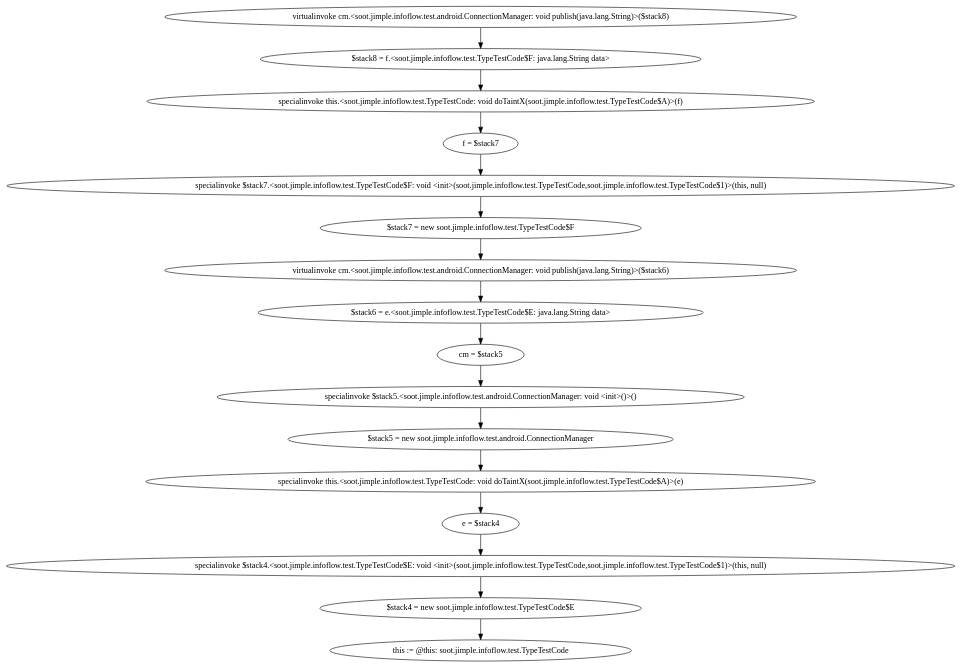
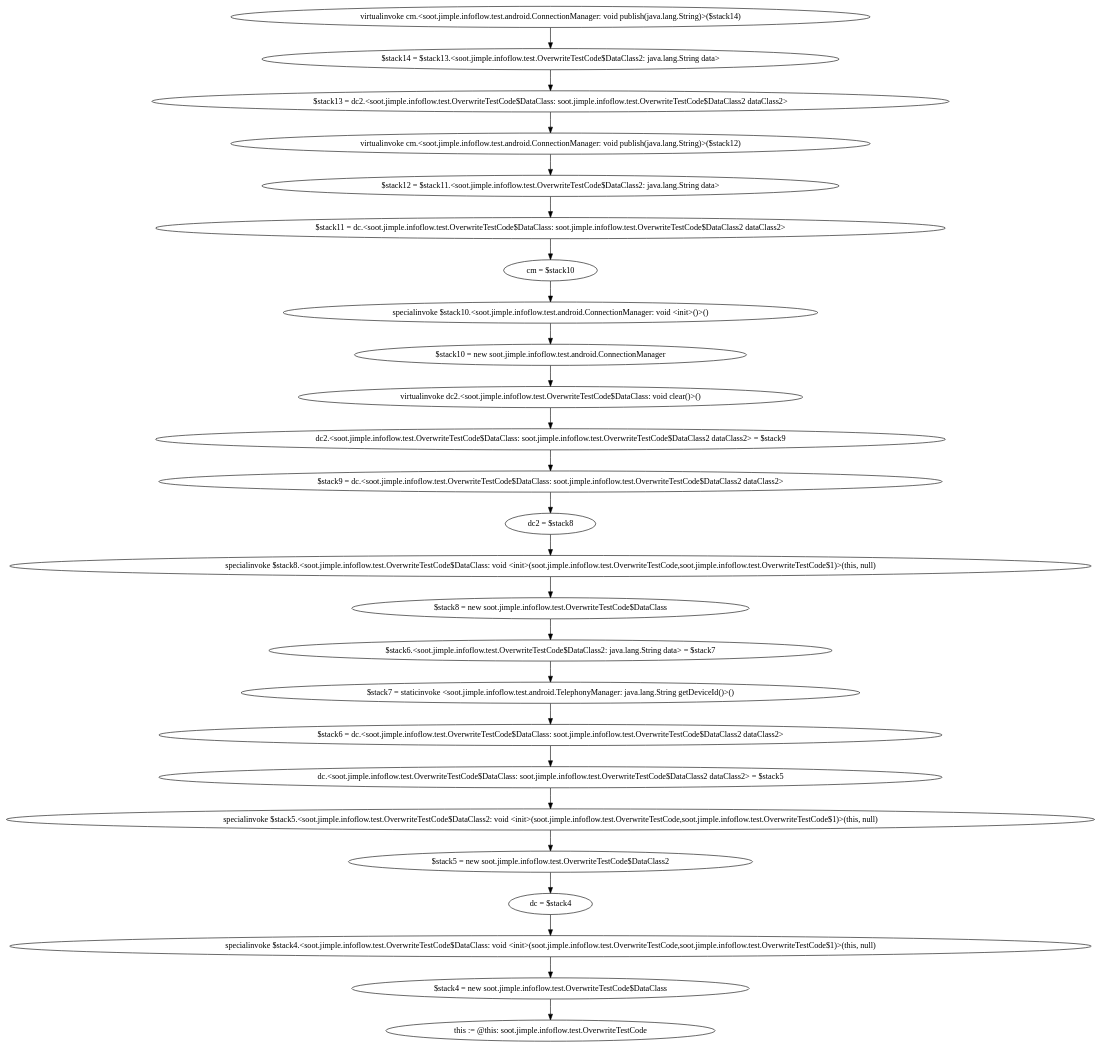
Before and after one commit to t1mlange/FlowDroid: the diagram in soot-infoflow/dotfiles/1.dot, drawn with Graphviz. The commit also changed 11 other files, not shown here.

```diff
--- a/soot-infoflow/dotfiles/1.dot
+++ b/soot-infoflow/dotfiles/1.dot
@@ -1,33 +1,51 @@
 digraph "" {
-    "virtualinvoke cm.<soot.jimple.infoflow.test.android.ConnectionManager: void publish(java.lang.String)>($stack8)"
-    "$stack8 = f.<soot.jimple.infoflow.test.TypeTestCode$F: java.lang.String data>"
-    "virtualinvoke cm.<soot.jimple.infoflow.test.android.ConnectionManager: void publish(java.lang.String)>($stack8)"->"$stack8 = f.<soot.jimple.infoflow.test.TypeTestCode$F: java.lang.String data>";
-    "specialinvoke this.<soot.jimple.infoflow.test.TypeTestCode: void doTaintX(soot.jimple.infoflow.test.TypeTestCode$A)>(f)"
-    "$stack8 = f.<soot.jimple.infoflow.test.TypeTestCode$F: java.lang.String data>"->"specialinvoke this.<soot.jimple.infoflow.test.TypeTestCode: void doTaintX(soot.jimple.infoflow.test.TypeTestCode$A)>(f)";
-    "f = $stack7"
-    "specialinvoke this.<soot.jimple.infoflow.test.TypeTestCode: void doTaintX(soot.jimple.infoflow.test.TypeTestCode$A)>(f)"->"f = $stack7";
-    "specialinvoke $stack7.<soot.jimple.infoflow.test.TypeTestCode$F: void <init>(soot.jimple.infoflow.test.TypeTestCode,soot.jimple.infoflow.test.TypeTestCode$1)>(this, null)"
-    "f = $stack7"->"specialinvoke $stack7.<soot.jimple.infoflow.test.TypeTestCode$F: void <init>(soot.jimple.infoflow.test.TypeTestCode,soot.jimple.infoflow.test.TypeTestCode$1)>(this, null)";
-    "$stack7 = new soot.jimple.infoflow.test.TypeTestCode$F"
-    "specialinvoke $stack7.<soot.jimple.infoflow.test.TypeTestCode$F: void <init>(soot.jimple.infoflow.test.TypeTestCode,soot.jimple.infoflow.test.TypeTestCode$1)>(this, null)"->"$stack7 = new soot.jimple.infoflow.test.TypeTestCode$F";
-    "virtualinvoke cm.<soot.jimple.infoflow.test.android.ConnectionManager: void publish(java.lang.String)>($stack6)"
-    "$stack7 = new soot.jimple.infoflow.test.TypeTestCode$F"->"virtualinvoke cm.<soot.jimple.infoflow.test.android.ConnectionManager: void publish(java.lang.String)>($stack6)";
-    "$stack6 = e.<soot.jimple.infoflow.test.TypeTestCode$E: java.lang.String data>"
-    "virtualinvoke cm.<soot.jimple.infoflow.test.android.ConnectionManager: void publish(java.lang.String)>($stack6)"->"$stack6 = e.<soot.jimple.infoflow.test.TypeTestCode$E: java.lang.String data>";
-    "cm = $stack5"
-    "$stack6 = e.<soot.jimple.infoflow.test.TypeTestCode$E: java.lang.String data>"->"cm = $stack5";
-    "specialinvoke $stack5.<soot.jimple.infoflow.test.android.ConnectionManager: void <init>()>()"
-    "cm = $stack5"->"specialinvoke $stack5.<soot.jimple.infoflow.test.android.ConnectionManager: void <init>()>()";
-    "$stack5 = new soot.jimple.infoflow.test.android.ConnectionManager"
-    "specialinvoke $stack5.<soot.jimple.infoflow.test.android.ConnectionManager: void <init>()>()"->"$stack5 = new soot.jimple.infoflow.test.android.ConnectionManager";
-    "specialinvoke this.<soot.jimple.infoflow.test.TypeTestCode: void doTaintX(soot.jimple.infoflow.test.TypeTestCode$A)>(e)"
-    "$stack5 = new soot.jimple.infoflow.test.android.ConnectionManager"->"specialinvoke this.<soot.jimple.infoflow.test.TypeTestCode: void doTaintX(soot.jimple.infoflow.test.TypeTestCode$A)>(e)";
-    "e = $stack4"
-    "specialinvoke this.<soot.jimple.infoflow.test.TypeTestCode: void doTaintX(soot.jimple.infoflow.test.TypeTestCode$A)>(e)"->"e = $stack4";
-    "specialinvoke $stack4.<soot.jimple.infoflow.test.TypeTestCode$E: void <init>(soot.jimple.infoflow.test.TypeTestCode,soot.jimple.infoflow.test.TypeTestCode$1)>(this, null)"
-    "e = $stack4"->"specialinvoke $stack4.<soot.jimple.infoflow.test.TypeTestCode$E: void <init>(soot.jimple.infoflow.test.TypeTestCode,soot.jimple.infoflow.test.TypeTestCode$1)>(this, null)";
-    "$stack4 = new soot.jimple.infoflow.test.TypeTestCode$E"
-    "specialinvoke $stack4.<soot.jimple.infoflow.test.TypeTestCode$E: void <init>(soot.jimple.infoflow.test.TypeTestCode,soot.jimple.infoflow.test.TypeTestCode$1)>(this, null)"->"$stack4 = new soot.jimple.infoflow.test.TypeTestCode$E";
-    "this := @this: soot.jimple.infoflow.test.TypeTestCode"
-    "$stack4 = new soot.jimple.infoflow.test.TypeTestCode$E"->"this := @this: soot.jimple.infoflow.test.TypeTestCode";
+    "virtualinvoke cm.<soot.jimple.infoflow.test.android.ConnectionManager: void publish(java.lang.String)>($stack14)"
+    "$stack14 = $stack13.<soot.jimple.infoflow.test.OverwriteTestCode$DataClass2: java.lang.String data>"
+    "virtualinvoke cm.<soot.jimple.infoflow.test.android.ConnectionManager: void publish(java.lang.String)>($stack14)"->"$stack14 = $stack13.<soot.jimple.infoflow.test.OverwriteTestCode$DataClass2: java.lang.String data>";
+    "$stack13 = dc2.<soot.jimple.infoflow.test.OverwriteTestCode$DataClass: soot.jimple.infoflow.test.OverwriteTestCode$DataClass2 dataClass2>"
+    "$stack14 = $stack13.<soot.jimple.infoflow.test.OverwriteTestCode$DataClass2: java.lang.String data>"->"$stack13 = dc2.<soot.jimple.infoflow.test.OverwriteTestCode$DataClass: soot.jimple.infoflow.test.OverwriteTestCode$DataClass2 dataClass2>";
+    "virtualinvoke cm.<soot.jimple.infoflow.test.android.ConnectionManager: void publish(java.lang.String)>($stack12)"
+    "$stack13 = dc2.<soot.jimple.infoflow.test.OverwriteTestCode$DataClass: soot.jimple.infoflow.test.OverwriteTestCode$DataClass2 dataClass2>"->"virtualinvoke cm.<soot.jimple.infoflow.test.android.ConnectionManager: void publish(java.lang.String)>($stack12)";
+    "$stack12 = $stack11.<soot.jimple.infoflow.test.OverwriteTestCode$DataClass2: java.lang.String data>"
+    "virtualinvoke cm.<soot.jimple.infoflow.test.android.ConnectionManager: void publish(java.lang.String)>($stack12)"->"$stack12 = $stack11.<soot.jimple.infoflow.test.OverwriteTestCode$DataClass2: java.lang.String data>";
+    "$stack11 = dc.<soot.jimple.infoflow.test.OverwriteTestCode$DataClass: soot.jimple.infoflow.test.OverwriteTestCode$DataClass2 dataClass2>"
+    "$stack12 = $stack11.<soot.jimple.infoflow.test.OverwriteTestCode$DataClass2: java.lang.String data>"->"$stack11 = dc.<soot.jimple.infoflow.test.OverwriteTestCode$DataClass: soot.jimple.infoflow.test.OverwriteTestCode$DataClass2 dataClass2>";
+    "cm = $stack10"
+    "$stack11 = dc.<soot.jimple.infoflow.test.OverwriteTestCode$DataClass: soot.jimple.infoflow.test.OverwriteTestCode$DataClass2 dataClass2>"->"cm = $stack10";
+    "specialinvoke $stack10.<soot.jimple.infoflow.test.android.ConnectionManager: void <init>()>()"
+    "cm = $stack10"->"specialinvoke $stack10.<soot.jimple.infoflow.test.android.ConnectionManager: void <init>()>()";
+    "$stack10 = new soot.jimple.infoflow.test.android.ConnectionManager"
+    "specialinvoke $stack10.<soot.jimple.infoflow.test.android.ConnectionManager: void <init>()>()"->"$stack10 = new soot.jimple.infoflow.test.android.ConnectionManager";
+    "virtualinvoke dc2.<soot.jimple.infoflow.test.OverwriteTestCode$DataClass: void clear()>()"
+    "$stack10 = new soot.jimple.infoflow.test.android.ConnectionManager"->"virtualinvoke dc2.<soot.jimple.infoflow.test.OverwriteTestCode$DataClass: void clear()>()";
+    "dc2.<soot.jimple.infoflow.test.OverwriteTestCode$DataClass: soot.jimple.infoflow.test.OverwriteTestCode$DataClass2 dataClass2> = $stack9"
+    "virtualinvoke dc2.<soot.jimple.infoflow.test.OverwriteTestCode$DataClass: void clear()>()"->"dc2.<soot.jimple.infoflow.test.OverwriteTestCode$DataClass: soot.jimple.infoflow.test.OverwriteTestCode$DataClass2 dataClass2> = $stack9";
+    "$stack9 = dc.<soot.jimple.infoflow.test.OverwriteTestCode$DataClass: soot.jimple.infoflow.test.OverwriteTestCode$DataClass2 dataClass2>"
+    "dc2.<soot.jimple.infoflow.test.OverwriteTestCode$DataClass: soot.jimple.infoflow.test.OverwriteTestCode$DataClass2 dataClass2> = $stack9"->"$stack9 = dc.<soot.jimple.infoflow.test.OverwriteTestCode$DataClass: soot.jimple.infoflow.test.OverwriteTestCode$DataClass2 dataClass2>";
+    "dc2 = $stack8"
+    "$stack9 = dc.<soot.jimple.infoflow.test.OverwriteTestCode$DataClass: soot.jimple.infoflow.test.OverwriteTestCode$DataClass2 dataClass2>"->"dc2 = $stack8";
+    "specialinvoke $stack8.<soot.jimple.infoflow.test.OverwriteTestCode$DataClass: void <init>(soot.jimple.infoflow.test.OverwriteTestCode,soot.jimple.infoflow.test.OverwriteTestCode$1)>(this, null)"
+    "dc2 = $stack8"->"specialinvoke $stack8.<soot.jimple.infoflow.test.OverwriteTestCode$DataClass: void <init>(soot.jimple.infoflow.test.OverwriteTestCode,soot.jimple.infoflow.test.OverwriteTestCode$1)>(this, null)";
+    "$stack8 = new soot.jimple.infoflow.test.OverwriteTestCode$DataClass"
+    "specialinvoke $stack8.<soot.jimple.infoflow.test.OverwriteTestCode$DataClass: void <init>(soot.jimple.infoflow.test.OverwriteTestCode,soot.jimple.infoflow.test.OverwriteTestCode$1)>(this, null)"->"$stack8 = new soot.jimple.infoflow.test.OverwriteTestCode$DataClass";
+    "$stack6.<soot.jimple.infoflow.test.OverwriteTestCode$DataClass2: java.lang.String data> = $stack7"
+    "$stack8 = new soot.jimple.infoflow.test.OverwriteTestCode$DataClass"->"$stack6.<soot.jimple.infoflow.test.OverwriteTestCode$DataClass2: java.lang.String data> = $stack7";
+    "$stack7 = staticinvoke <soot.jimple.infoflow.test.android.TelephonyManager: java.lang.String getDeviceId()>()"
+    "$stack6.<soot.jimple.infoflow.test.OverwriteTestCode$DataClass2: java.lang.String data> = $stack7"->"$stack7 = staticinvoke <soot.jimple.infoflow.test.android.TelephonyManager: java.lang.String getDeviceId()>()";
+    "$stack6 = dc.<soot.jimple.infoflow.test.OverwriteTestCode$DataClass: soot.jimple.infoflow.test.OverwriteTestCode$DataClass2 dataClass2>"
+    "$stack7 = staticinvoke <soot.jimple.infoflow.test.android.TelephonyManager: java.lang.String getDeviceId()>()"->"$stack6 = dc.<soot.jimple.infoflow.test.OverwriteTestCode$DataClass: soot.jimple.infoflow.test.OverwriteTestCode$DataClass2 dataClass2>";
+    "dc.<soot.jimple.infoflow.test.OverwriteTestCode$DataClass: soot.jimple.infoflow.test.OverwriteTestCode$DataClass2 dataClass2> = $stack5"
+    "$stack6 = dc.<soot.jimple.infoflow.test.OverwriteTestCode$DataClass: soot.jimple.infoflow.test.OverwriteTestCode$DataClass2 dataClass2>"->"dc.<soot.jimple.infoflow.test.OverwriteTestCode$DataClass: soot.jimple.infoflow.test.OverwriteTestCode$DataClass2 dataClass2> = $stack5";
+    "specialinvoke $stack5.<soot.jimple.infoflow.test.OverwriteTestCode$DataClass2: void <init>(soot.jimple.infoflow.test.OverwriteTestCode,soot.jimple.infoflow.test.OverwriteTestCode$1)>(this, null)"
+    "dc.<soot.jimple.infoflow.test.OverwriteTestCode$DataClass: soot.jimple.infoflow.test.OverwriteTestCode$DataClass2 dataClass2> = $stack5"->"specialinvoke $stack5.<soot.jimple.infoflow.test.OverwriteTestCode$DataClass2: void <init>(soot.jimple.infoflow.test.OverwriteTestCode,soot.jimple.infoflow.test.OverwriteTestCode$1)>(this, null)";
+    "$stack5 = new soot.jimple.infoflow.test.OverwriteTestCode$DataClass2"
+    "specialinvoke $stack5.<soot.jimple.infoflow.test.OverwriteTestCode$DataClass2: void <init>(soot.jimple.infoflow.test.OverwriteTestCode,soot.jimple.infoflow.test.OverwriteTestCode$1)>(this, null)"->"$stack5 = new soot.jimple.infoflow.test.OverwriteTestCode$DataClass2";
+    "dc = $stack4"
+    "$stack5 = new soot.jimple.infoflow.test.OverwriteTestCode$DataClass2"->"dc = $stack4";
+    "specialinvoke $stack4.<soot.jimple.infoflow.test.OverwriteTestCode$DataClass: void <init>(soot.jimple.infoflow.test.OverwriteTestCode,soot.jimple.infoflow.test.OverwriteTestCode$1)>(this, null)"
+    "dc = $stack4"->"specialinvoke $stack4.<soot.jimple.infoflow.test.OverwriteTestCode$DataClass: void <init>(soot.jimple.infoflow.test.OverwriteTestCode,soot.jimple.infoflow.test.OverwriteTestCode$1)>(this, null)";
+    "$stack4 = new soot.jimple.infoflow.test.OverwriteTestCode$DataClass"
+    "specialinvoke $stack4.<soot.jimple.infoflow.test.OverwriteTestCode$DataClass: void <init>(soot.jimple.infoflow.test.OverwriteTestCode,soot.jimple.infoflow.test.OverwriteTestCode$1)>(this, null)"->"$stack4 = new soot.jimple.infoflow.test.OverwriteTestCode$DataClass";
+    "this := @this: soot.jimple.infoflow.test.OverwriteTestCode"
+    "$stack4 = new soot.jimple.infoflow.test.OverwriteTestCode$DataClass"->"this := @this: soot.jimple.infoflow.test.OverwriteTestCode";
 }
```
